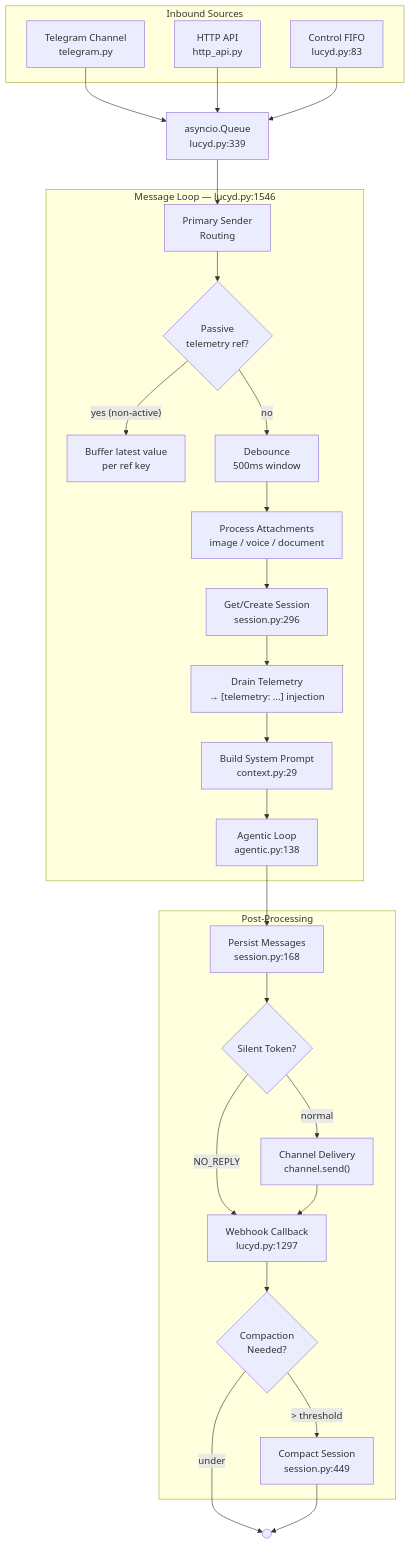
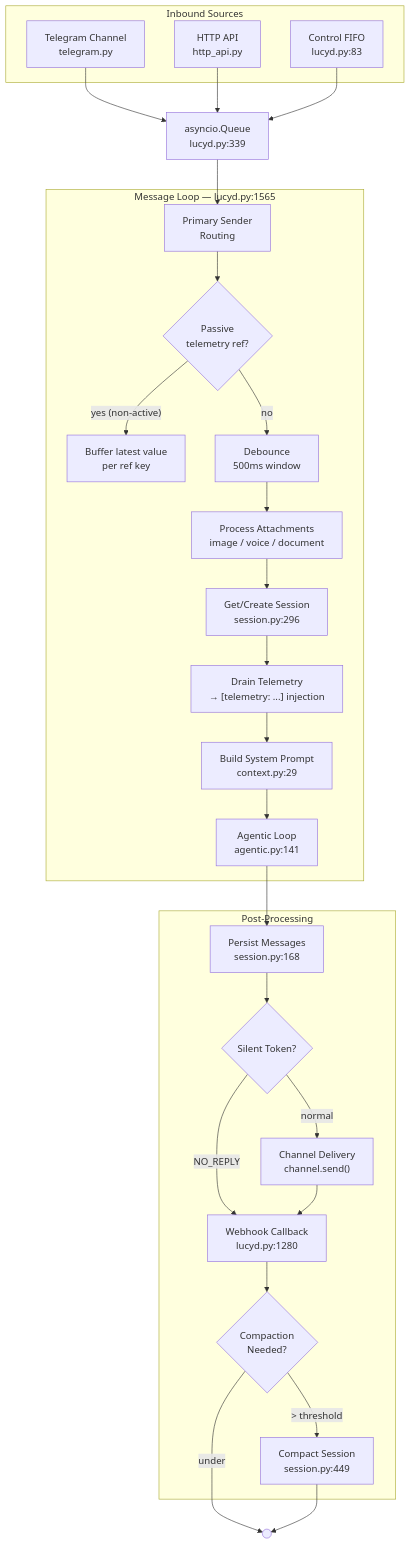
One commit to nicolasforstinger/lucyd changed the first of 8 diagrams in docs/diagrams.md. Above: the diagram before and after it, drawn with Mermaid. The commit also changed other lines of this file and 42 other files, not shown here.

````diff
--- a/docs/diagrams.md
+++ b/docs/diagrams.md
@@ -11,45 +11,45 @@
 ```mermaid
 flowchart TD
     subgraph Sources["Inbound Sources"]
         TG["Telegram Channel<br/>telegram.py"]
         HTTP["HTTP API<br/>http_api.py"]
         FIFO["Control FIFO<br/>lucyd.py:83"]
     end
 
     Q["asyncio.Queue<br/>lucyd.py:339"]
 
-    subgraph Loop["Message Loop — lucyd.py:1546"]
+    subgraph Loop["Message Loop — lucyd.py:1565"]
         PRIMARY["Primary Sender<br/>Routing"]
         PASSIVE{"Passive<br/>telemetry ref?"}
         BUFFER["Buffer latest value<br/>per ref key"]
         DEB["Debounce<br/>500ms window"]
         MEDIA["Process Attachments<br/>image / voice / document"]
         SESSION["Get/Create Session<br/>session.py:296"]
         TELEM["Drain Telemetry<br/>→ [telemetry: ...] injection"]
         CTX["Build System Prompt<br/>context.py:29"]
-        AGENTIC["Agentic Loop<br/>agentic.py:138"]
+        AGENTIC["Agentic Loop<br/>agentic.py:141"]
     end
 
     subgraph Post["Post-Processing"]
         PERSIST["Persist Messages<br/>session.py:168"]
         SILENT{"Silent Token?"}
         DELIVER["Channel Delivery<br/>channel.send()"]
-        WEBHOOK["Webhook Callback<br/>lucyd.py:1297"]
+        WEBHOOK["Webhook Callback<br/>lucyd.py:1280"]
         COMPACT{"Compaction<br/>Needed?"}
         DO_COMPACT["Compact Session<br/>session.py:449"]
     end
 
     TG --> Q
     HTTP --> Q
     FIFO --> Q
     Q --> PRIMARY --> PASSIVE
     PASSIVE -->|"yes (non-active)"| BUFFER
     PASSIVE -->|no| DEB --> MEDIA --> SESSION --> TELEM --> CTX --> AGENTIC
     AGENTIC --> PERSIST --> SILENT
     SILENT -->|"NO_REPLY"| WEBHOOK
     SILENT -->|normal| DELIVER --> WEBHOOK
     WEBHOOK --> COMPACT
     COMPACT -->|"> threshold"| DO_COMPACT
     COMPACT -->|under| END(( ))
     DO_COMPACT --> END
 ```
````
